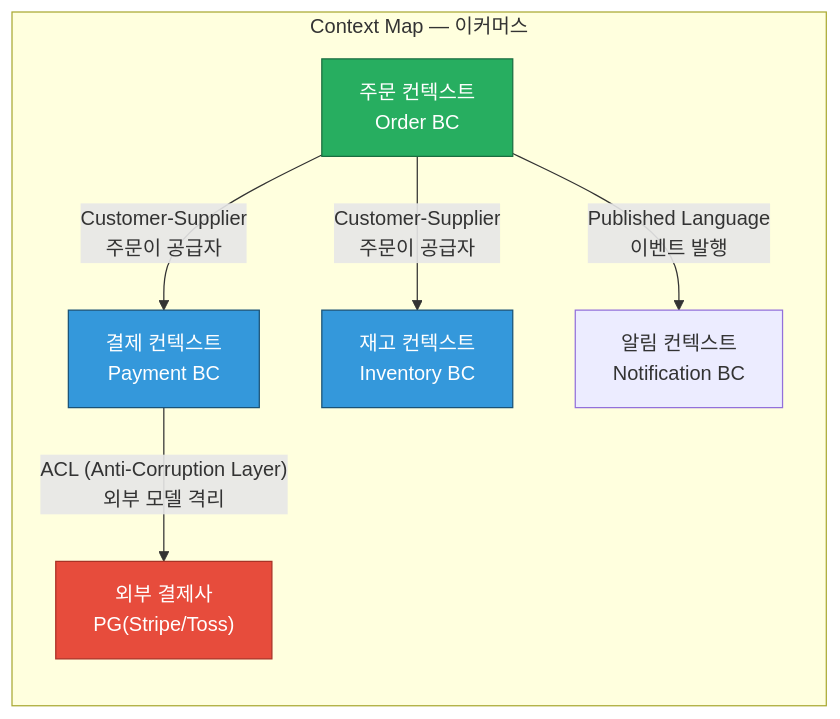
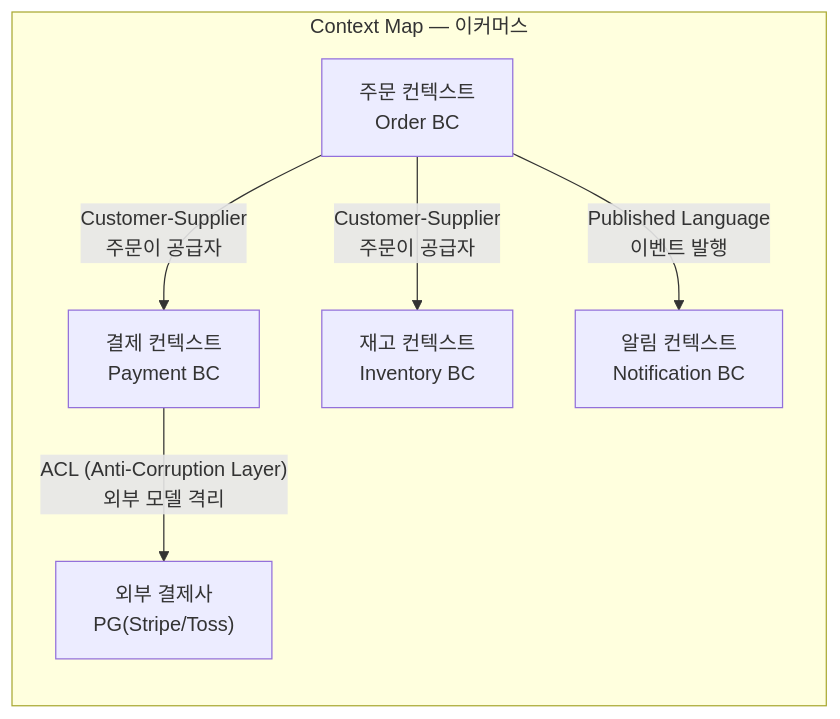
Before and after one commit to yjkim2015/yjkim2015.github.io: the third of 7 diagrams in _posts/architecture/2026-05-01-ddd.md, drawn with Mermaid. The commit also changed other lines of this file and 215 other files, not shown here.

First line of the commit message:
신규 포스트 10개 추가 + Mermaid 전면 축소 + SystemDesign 시리즈 보강

````diff
--- a/_posts/architecture/2026-05-01-ddd.md
+++ b/_posts/architecture/2026-05-01-ddd.md
@@ -139,23 +100,14 @@
 ```mermaid
 graph LR
     subgraph "Context Map — 이커머스"
         OC["주문 컨텍스트\nOrder BC"]
         PC["결제 컨텍스트\nPayment BC"]
         IC["재고 컨텍스트\nInventory BC"]
         NC["알림 컨텍스트\nNotification BC"]
         EC["외부 결제사\nPG(Stripe/Toss)"]
     end
-
     OC -->|"Customer-Supplier\n주문이 공급자"| PC
     OC -->|"Customer-Supplier\n주문이 공급자"| IC
     OC -->|"Published Language\n이벤트 발행"| NC
     PC -->|"ACL (Anti-Corruption Layer)\n외부 모델 격리"| EC
-
-    classDef supplier fill:#27AE60,stroke:#1A6E40,color:#fff
-    classDef consumer fill:#3498DB,stroke:#1A5276,color:#fff
-    classDef external fill:#E74C3C,stroke:#A93226,color:#fff
-
-    class OC supplier
-    class PC,IC consumer
-    class EC external
 ```
````
